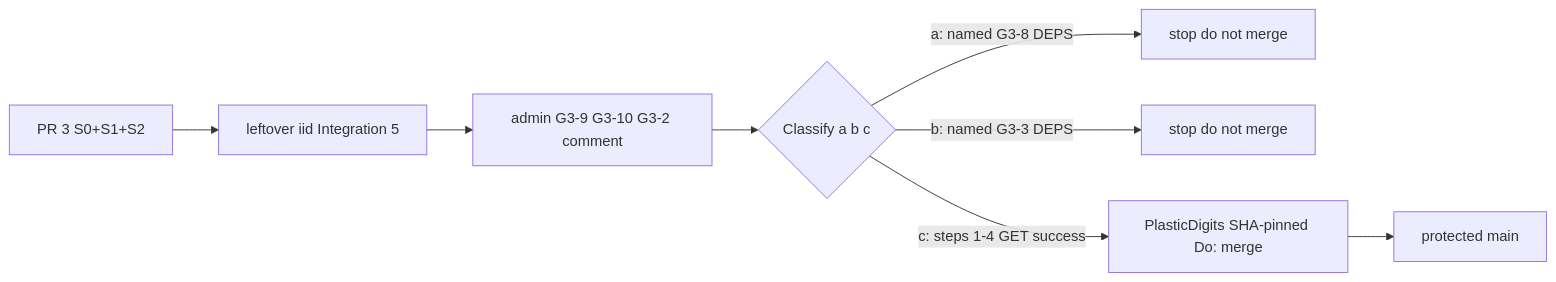
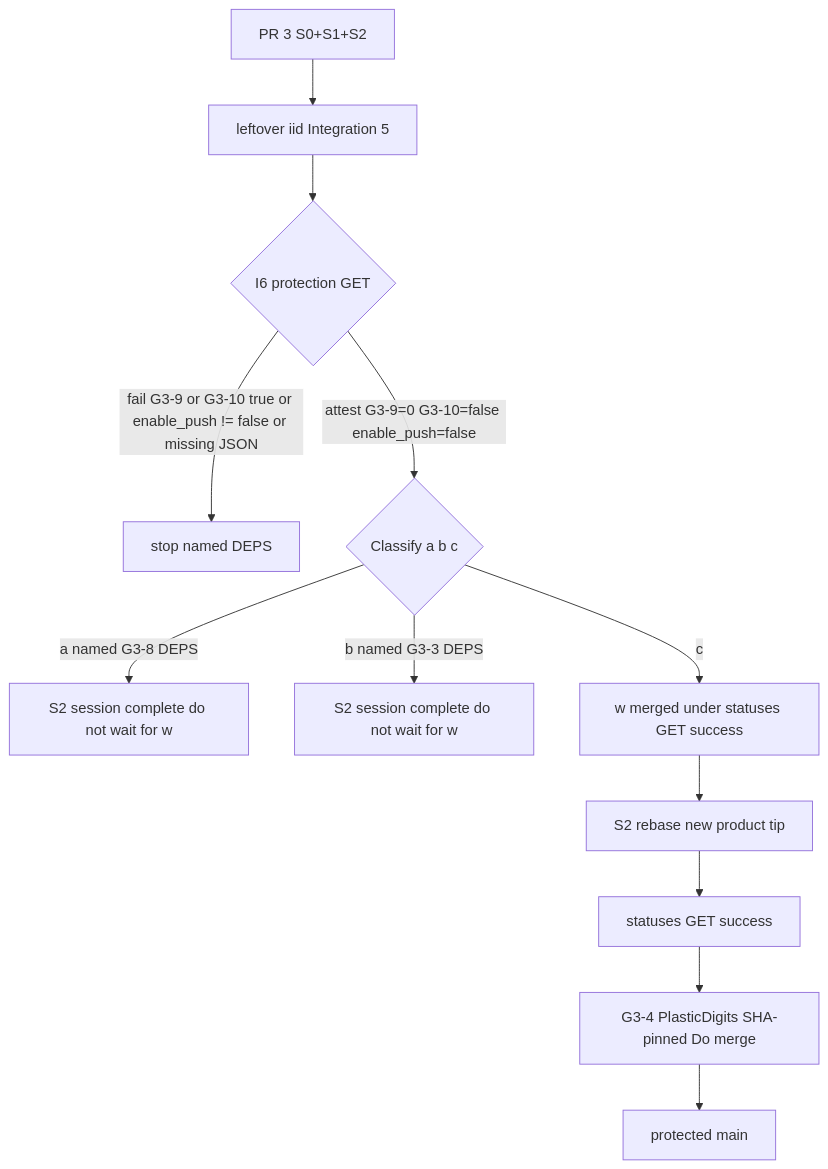
Before and after one commit to PlasticDigits/gitlab-cursor-webhook: the second of 3 diagrams in docs/architecture.md, drawn with Mermaid. The commit also changed other lines of this file and 1 other file, not shown here.

First line of the commit message:
docs: stop S2 hang on (a)/(b) and pin {w} land procedure

````diff
--- a/docs/architecture.md
+++ b/docs/architecture.md
@@ -312,10 +380,14 @@
 ```mermaid
-flowchart LR
+flowchart TD
   TIP[PR 3 S0+S1+S2] --> I5[leftover iid Integration 5]
-  I5 --> I6[admin G3-9 G3-10 G3-2 comment]
-  I6 --> ABC{Classify a b c}
-  ABC -->|a: named G3-8 DEPS| STOPA[stop do not merge]
-  ABC -->|b: named G3-3 DEPS| STOPB[stop do not merge]
-  ABC -->|c: steps 1-4 GET success| PD[PlasticDigits SHA-pinned Do: merge]
+  I5 --> I6{I6 protection GET}
+  I6 -->|fail G3-9 or G3-10 true or enable_push != false or missing JSON| STOPI6[stop named DEPS]
+  I6 -->|attest G3-9=0 G3-10=false enable_push=false| ABC{Classify a b c}
+  ABC -->|a named G3-8 DEPS| STOPA[S2 session complete do not wait for w]
+  ABC -->|b named G3-3 DEPS| STOPB[S2 session complete do not wait for w]
+  ABC -->|c| W[w merged under statuses GET success]
+  W --> RB[S2 rebase new product tip]
+  RB --> ST[statuses GET success]
+  ST --> PD[G3-4 PlasticDigits SHA-pinned Do merge]
   PD --> MAIN[protected main]
 ```
````
